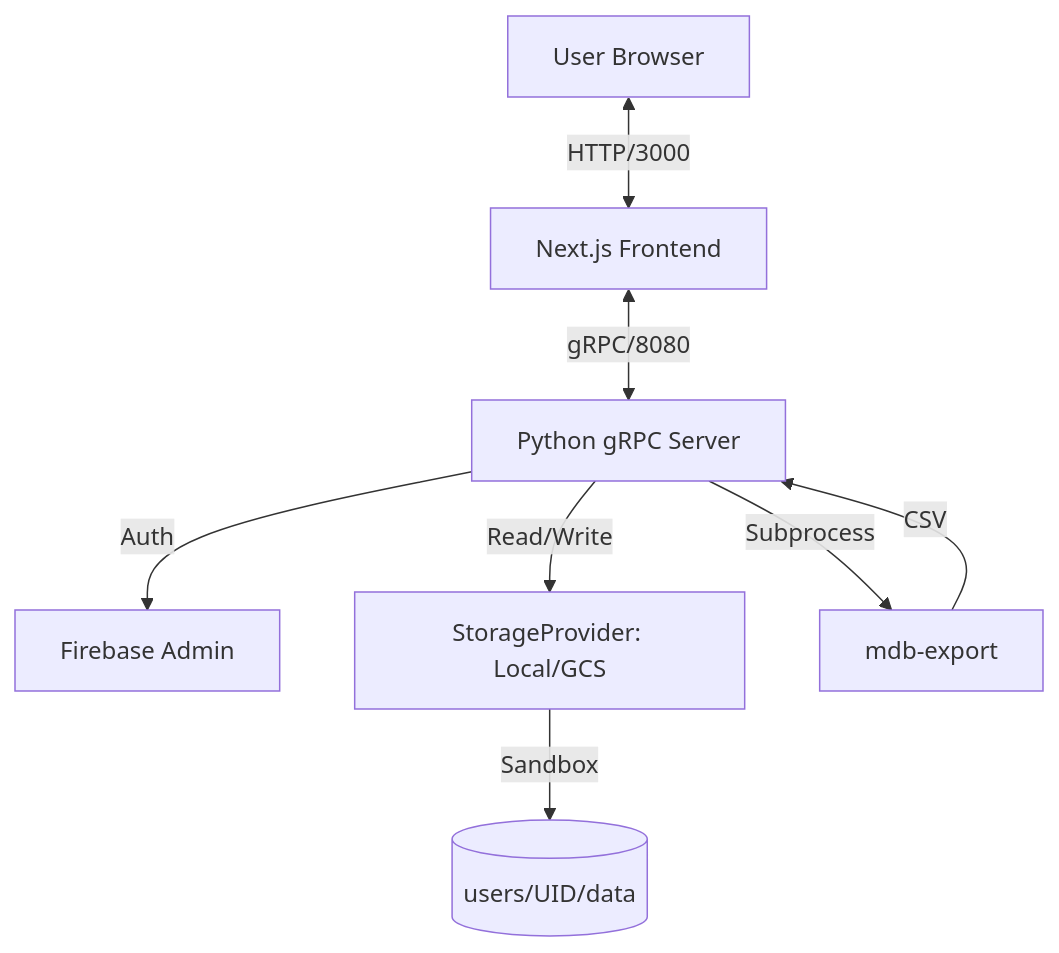
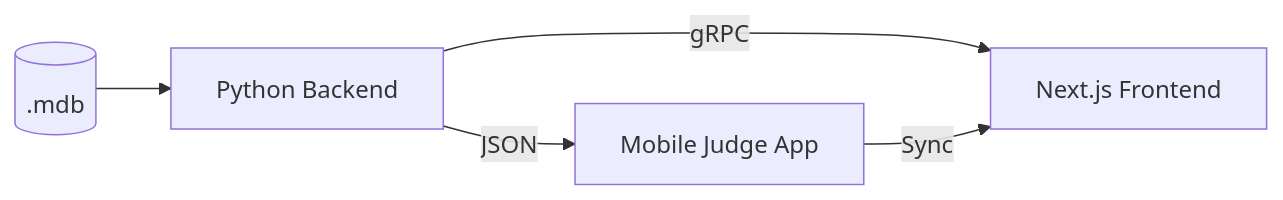
The diagram in ARCHITECTURE.md (pfisherogden/MeetManager-Tools), drawn with Mermaid before and after one commit. The commit also changed other lines of this file and 6 other files, not shown here.

Commit message:
feat: complete E2E coverage and consolidated architecture docs

````diff
--- a/ARCHITECTURE.md
+++ b/ARCHITECTURE.md
@@ -39,10 +16,7 @@
 ```mermaid
-graph TD
-    User[User Browser] <-->|HTTP/3000| Frontend[Next.js Frontend]
-    Frontend <-->|gRPC/8080| Backend[Python gRPC Server]
-    Backend -->|Auth| Firebase[Firebase Admin]
-    Backend -->|Read/Write| Storage[StorageProvider: Local/GCS]
-    Storage -->|Sandbox| Users[(users/UID/data)]
-    Backend -->|Subprocess| MdbTools[mdb-export]
-    MdbTools -->|CSV| Backend
+graph LR
+    MDB[(.mdb)] --> BE[Python Backend]
+    BE -->|gRPC| FE[Next.js Frontend]
+    BE -->|JSON| MA[Mobile Judge App]
+    MA -->|Sync| FE
 ```
````
